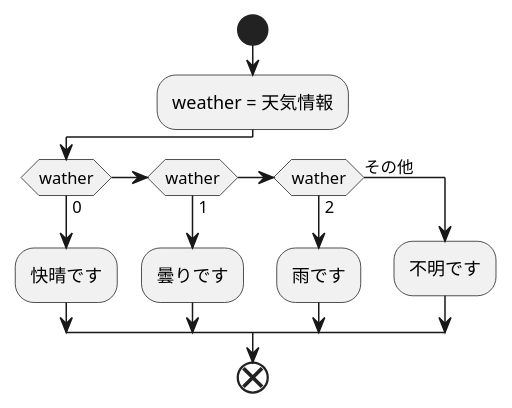
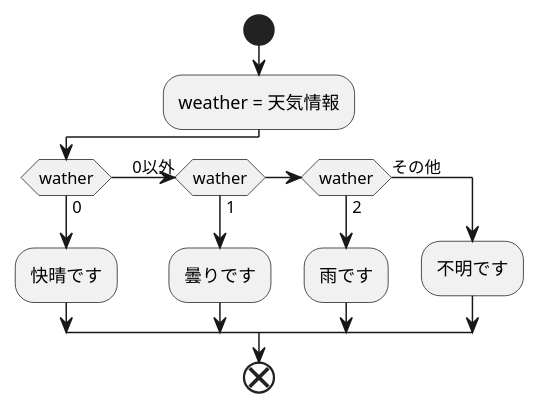
The diagram in kadai4.md (Aso2001413/2021sys-design), drawn with PlantUML before and after one commit.

````diff
--- a/kadai4.md
+++ b/kadai4.md
@@ -1,19 +1,19 @@
 ```uml
 @startuml
 start
 
 :weather = 天気情報;
 
 if(wather)then(0)
 :快晴です;
-elseif(wather)then(1)
+(0以外)elseif(wather)then(1)
 :曇りです;
 elseif(wather)then(2)
 :雨です;
 else(その他)
 :不明です;
 endif
 
 end
 @enduml
 ```
````
